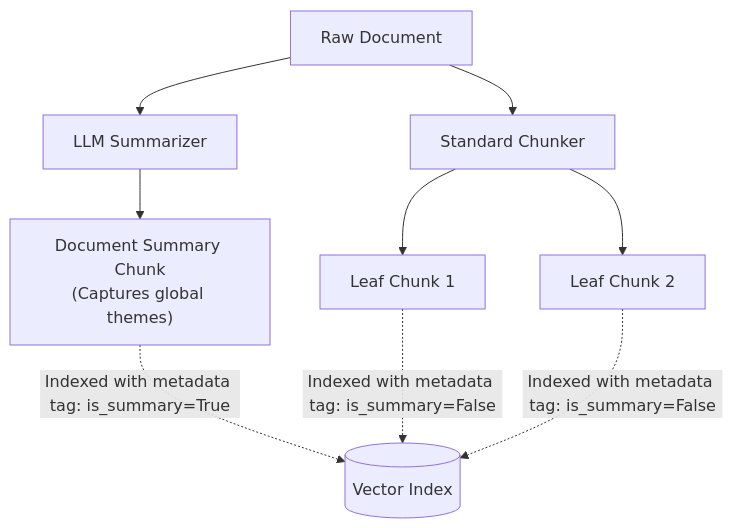
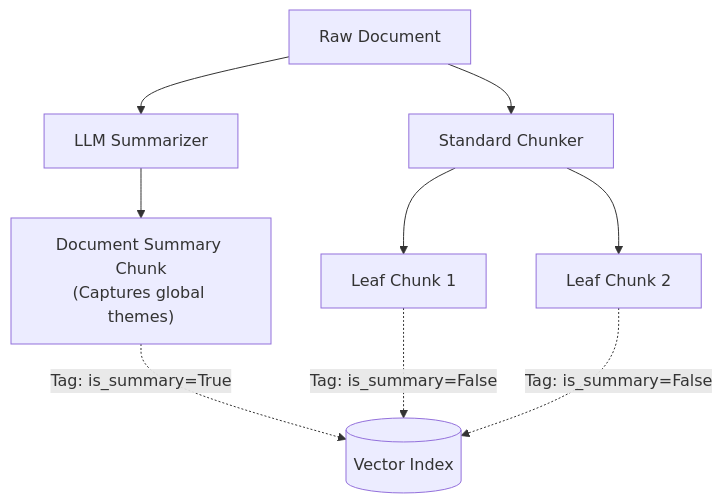
One commit to divyansh070/ml_notes changed the sixth of 6 diagrams in rag-guide/01-ingestion.md. Above: the diagram before and after it, drawn with Mermaid. The commit also changed other lines of this file and 8 other files, not shown here.

Commit message:
fix(rag-guide): resolve Mermaid syntax, xychart, and MathJax rendering issues for GitHub

````diff
--- a/rag-guide/01-ingestion.md
+++ b/rag-guide/01-ingestion.md
@@ -555,12 +555,12 @@
 ```mermaid
 graph TD
     DOC["Raw Document"] --> LLM_SUM["LLM Summarizer"]
-    LLM_SUM --> SUM_CHUNK["Document Summary Chunk<br/>(Captures global themes)"]
+    LLM_SUM --> SUM_CHUNK["Document Summary Chunk<br>(Captures global themes)"]
     DOC --> SPLIT["Standard Chunker"]
     SPLIT --> CH1["Leaf Chunk 1"]
     SPLIT --> CH2["Leaf Chunk 2"]
     
-    SUM_CHUNK -. Indexed with metadata tag: is_summary=True .-> VEC_DB[("Vector Index")]
-    CH1 -. Indexed with metadata tag: is_summary=False .-> VEC_DB
-    CH2 -. Indexed with metadata tag: is_summary=False .-> VEC_DB
+    SUM_CHUNK -.->|"Tag: is_summary=True"| VEC_DB[("Vector Index")]
+    CH1 -.->|"Tag: is_summary=False"| VEC_DB
+    CH2 -.->|"Tag: is_summary=False"| VEC_DB
 ```
````
